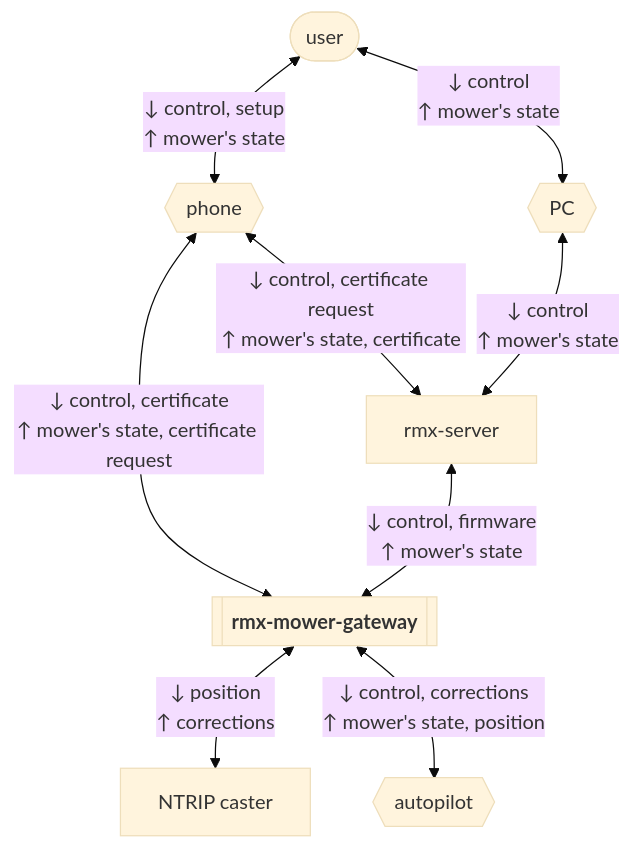
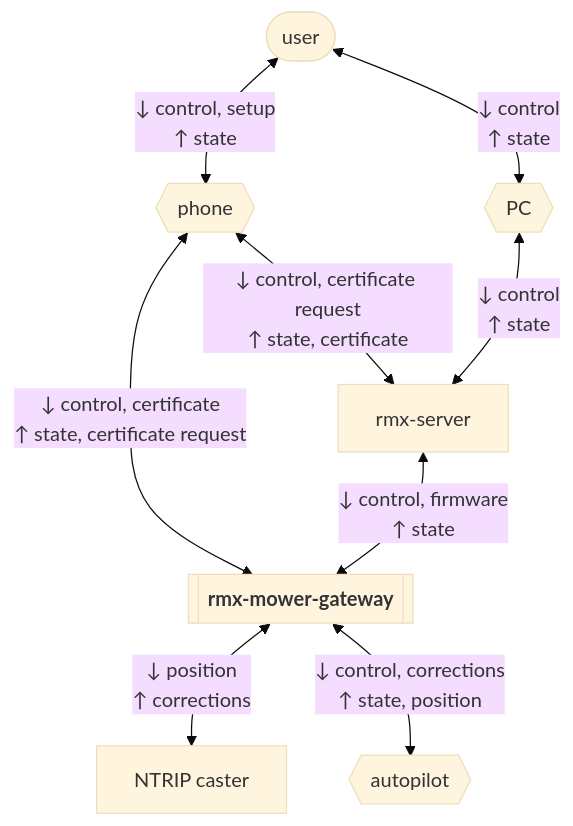
The first of 6 diagrams in .esp-architecture/diagrams/diagrams.md (rmx-lt/rmx-mower-gateway), drawn with Mermaid (base theme) before and after one commit. The commit also changed 1 other file, not shown here.

Commit message:
Context: state

````diff
--- a/.esp-architecture/diagrams/diagrams.md
+++ b/.esp-architecture/diagrams/diagrams.md
@@ -7,18 +7,18 @@
 ```mermaid
 flowchart TD
   n_system[["<b>rmx-mower-gateway</b>"]]
   n_user(["user"])
   n_phone{{"phone"}}
   n_pc{{"PC"}}
   n_rmx_server["rmx-server"]
   n_ntrip_caster["NTRIP caster"]
   n_autopilot{{"autopilot"}}
-  n_user <-->|"↓ control, setup<br/>↑ mower's state"| n_phone
-  n_user <-->|"↓ control<br/>↑ mower's state"| n_pc
-  n_phone <-->|"↓ control, certificate request<br/>↑ mower's state, certificate"| n_rmx_server
-  n_phone <-->|"↓ control, certificate<br/>↑ mower's state, certificate request"| n_system
-  n_pc <-->|"↓ control<br/>↑ mower's state"| n_rmx_server
-  n_rmx_server <-->|"↓ control, firmware<br/>↑ mower's state"| n_system
+  n_user <-->|"↓ control, setup<br/>↑ state"| n_phone
+  n_user <-->|"↓ control<br/>↑ state"| n_pc
+  n_phone <-->|"↓ control, certificate request<br/>↑ state, certificate"| n_rmx_server
+  n_phone <-->|"↓ control, certificate<br/>↑ state, certificate request"| n_system
+  n_pc <-->|"↓ control<br/>↑ state"| n_rmx_server
+  n_rmx_server <-->|"↓ control, firmware<br/>↑ state"| n_system
   n_system <-->|"↓ position<br/>↑ corrections"| n_ntrip_caster
-  n_system <-->|"↓ control, corrections<br/>↑ mower's state, position"| n_autopilot
+  n_system <-->|"↓ control, corrections<br/>↑ state, position"| n_autopilot
 ```
````
